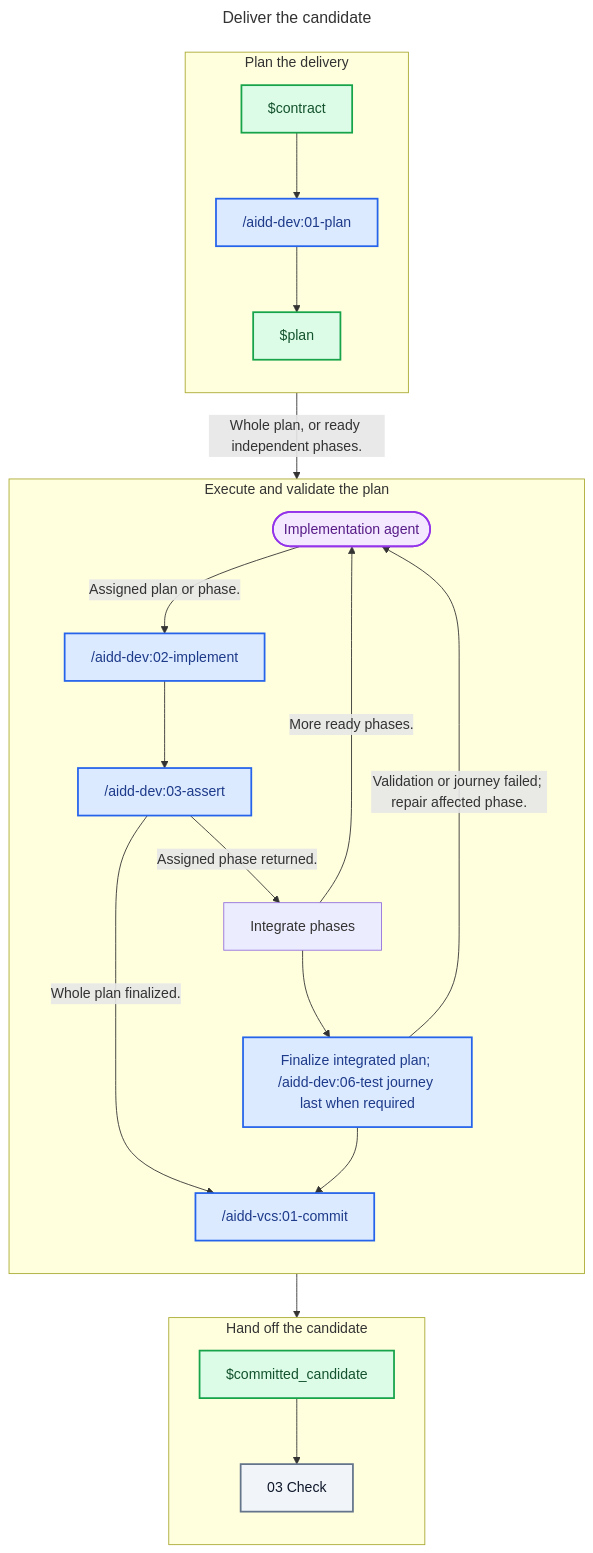
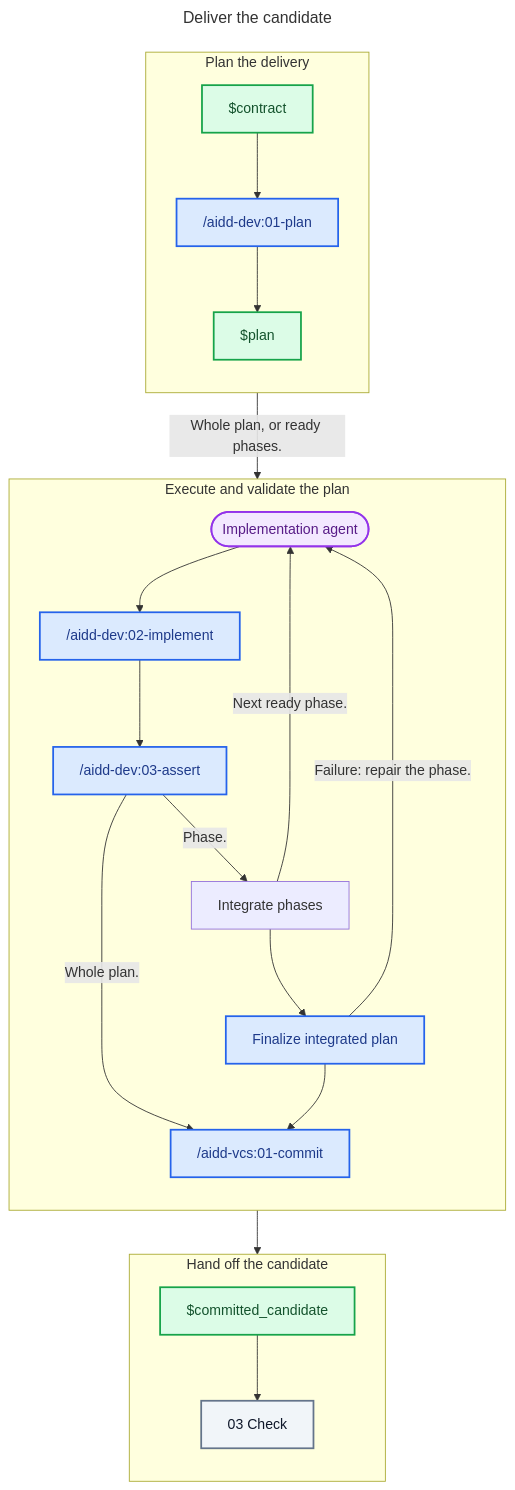
One commit to ai-driven-dev/framework changed the diagram in plugins/aidd-orchestrator/skills/01-sdlc/references/02-deliver.md. Above: the diagram before and after it, drawn with Mermaid. The commit also changed other lines of this file and 20 other files, not shown here.

````diff
--- a/plugins/aidd-orchestrator/skills/01-sdlc/references/02-deliver.md
+++ b/plugins/aidd-orchestrator/skills/01-sdlc/references/02-deliver.md
@@ -11,52 +11,52 @@
 ```mermaid
 ---
 title: Deliver the candidate
 ---
 flowchart TD
   subgraph PlanStage["Plan the delivery"]
     direction TB
     Contract["$contract"]
     Plan["/aidd-dev:01-plan"]
     PlanArtifact["$plan"]
   end
 
   subgraph ExecuteStage["Execute and validate the plan"]
     direction TB
     Executor(["Implementation agent"])
     Implement["/aidd-dev:02-implement"]
     Assert["/aidd-dev:03-assert"]
     Integrate["Integrate phases"]
-    Finalize["Finalize integrated plan; /aidd-dev:06-test journey last when required"]
+    Finalize["Finalize integrated plan"]
     Commit["/aidd-vcs:01-commit"]
   end
 
   subgraph HandoffStage["Hand off the candidate"]
     direction TB
     CommittedCandidate["$committed_candidate"]
     Check["03 Check"]
   end
 
   Contract --> Plan
   Plan --> PlanArtifact
-  PlanArtifact -- "Whole plan, or ready independent phases." --> Executor
-  Executor -- "Assigned plan or phase." --> Implement
+  PlanArtifact -- "Whole plan, or ready phases." --> Executor
+  Executor --> Implement
   Implement --> Assert
-  Assert -- "Whole plan finalized." --> Commit
-  Assert -- "Assigned phase returned." --> Integrate
-  Integrate -- "More ready phases." --> Executor
+  Assert -- "Whole plan." --> Commit
+  Assert -- "Phase." --> Integrate
+  Integrate -- "Next ready phase." --> Executor
   Integrate --> Finalize
-  Finalize -- "Validation or journey failed; repair affected phase." --> Executor
+  Finalize -- "Failure: repair the phase." --> Executor
   Finalize --> Commit
   Commit --> CommittedCandidate
   CommittedCandidate --> Check
 
   classDef skill fill:#DBEAFE,stroke:#2563EB,color:#1E3A8A,stroke-width:2px
   classDef agent fill:#F3E8FF,stroke:#9333EA,color:#581C87,stroke-width:2px
   classDef artifact fill:#DCFCE7,stroke:#16A34A,color:#14532D,stroke-width:2px
   classDef zone fill:#F1F5F9,stroke:#64748B,color:#0F172A,stroke-width:2px
 
   class Plan,Implement,Assert,Finalize,Commit skill
   class Executor agent
   class Contract,PlanArtifact,CommittedCandidate artifact
   class Check zone
 ```
````
